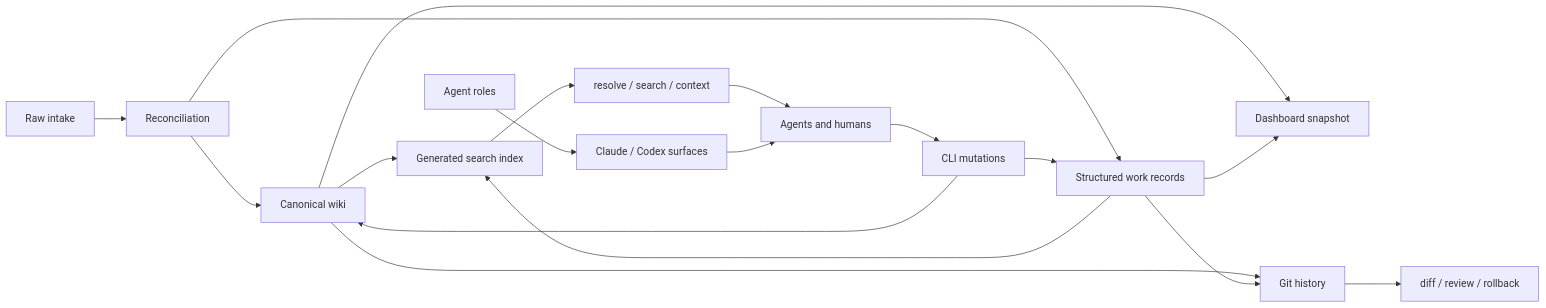
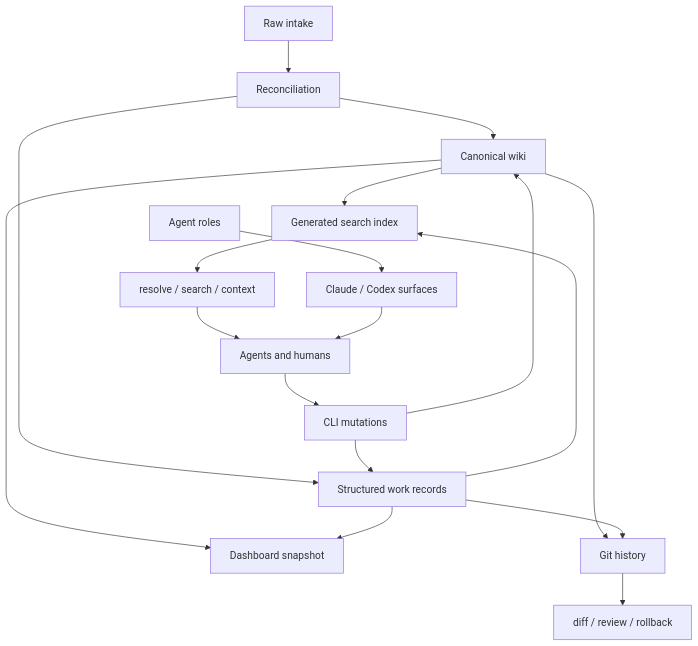
The diagram in README.md (mattrichmo/memory-magico), drawn with Mermaid before and after one commit. The commit also changed other lines of this file and 5 other files, not shown here.

````diff
--- a/README.md
+++ b/README.md
@@ -57,20 +57,20 @@
 ```mermaid
-flowchart LR
+flowchart TD
   A[Raw intake] --> B[Reconciliation]
   B --> C[Canonical wiki]
   B --> D[Structured work records]
   C --> E[Generated search index]
   D --> E
   C --> F[Dashboard snapshot]
   D --> F
-  E --> G[resolve / search / context]
+  E --> G["resolve / search / context"]
+  G --> J[Agents and humans]
   H[Agent roles] --> I[Claude / Codex surfaces]
-  G --> J[Agents and humans]
   I --> J
   J --> K[CLI mutations]
   K --> C
   K --> D
   C --> L[Git history]
   D --> L
   L --> M[diff / review / rollback]
 ```
````
